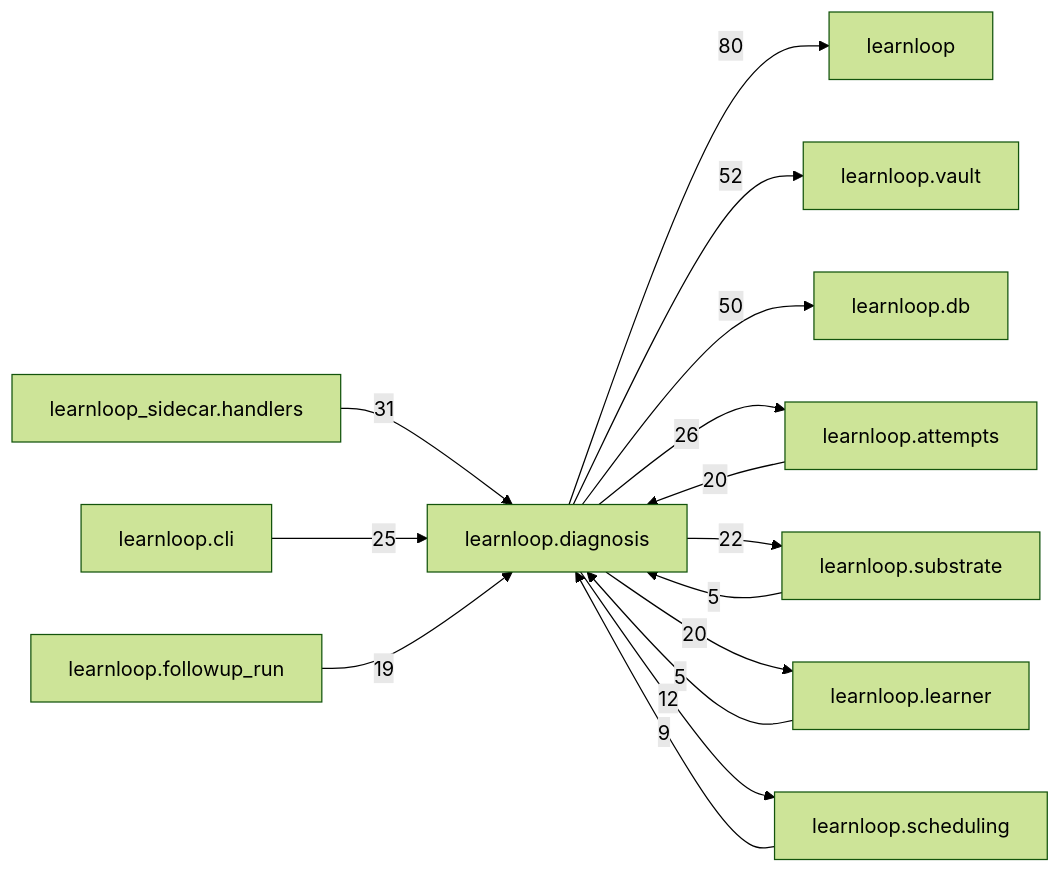
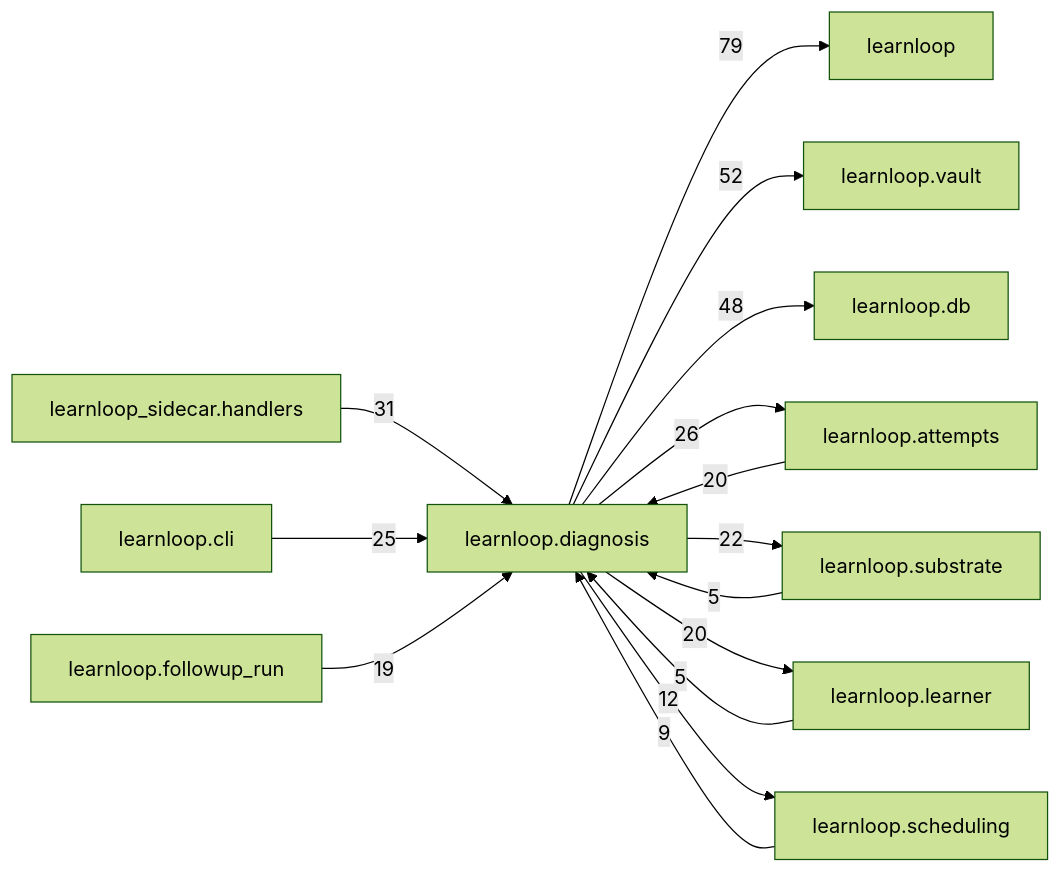
One commit to 6up-b/learnanything changed the diagram in docs/learnloop-architecture-vault/Reference/Modules/learnloop/diagnosis/_package.md. Above: the diagram before and after it, drawn with Mermaid (forest theme). The commit also changed other lines of this file and 181 other files, not shown here.

````diff
--- a/docs/learnloop-architecture-vault/Reference/Modules/learnloop/diagnosis/_package.md
+++ b/docs/learnloop-architecture-vault/Reference/Modules/learnloop/diagnosis/_package.md
@@ -239,28 +235,28 @@
 ```mermaid
 flowchart LR
     center["learnloop.diagnosis"]
     n_learnloop["learnloop"]
     n_learnloop_vault["learnloop.vault"]
     n_learnloop_db["learnloop.db"]
     n_learnloop_attempts["learnloop.attempts"]
     n_learnloop_sidecar_handlers["learnloop_sidecar.handlers"]
     n_learnloop_substrate["learnloop.substrate"]
     n_learnloop_cli["learnloop.cli"]
     n_learnloop_learner["learnloop.learner"]
     n_learnloop_scheduling["learnloop.scheduling"]
     n_learnloop_followup_run["learnloop.followup_run"]
-    center -->|80| n_learnloop
+    center -->|79| n_learnloop
     center -->|52| n_learnloop_vault
-    center -->|50| n_learnloop_db
+    center -->|48| n_learnloop_db
     n_learnloop_attempts -->|20| center
     center -->|26| n_learnloop_attempts
     n_learnloop_sidecar_handlers -->|31| center
     n_learnloop_substrate -->|5| center
     center -->|22| n_learnloop_substrate
     n_learnloop_cli -->|25| center
     n_learnloop_learner -->|5| center
     center -->|20| n_learnloop_learner
     n_learnloop_scheduling -->|9| center
     center -->|12| n_learnloop_scheduling
     n_learnloop_followup_run -->|19| center
 ```
````
